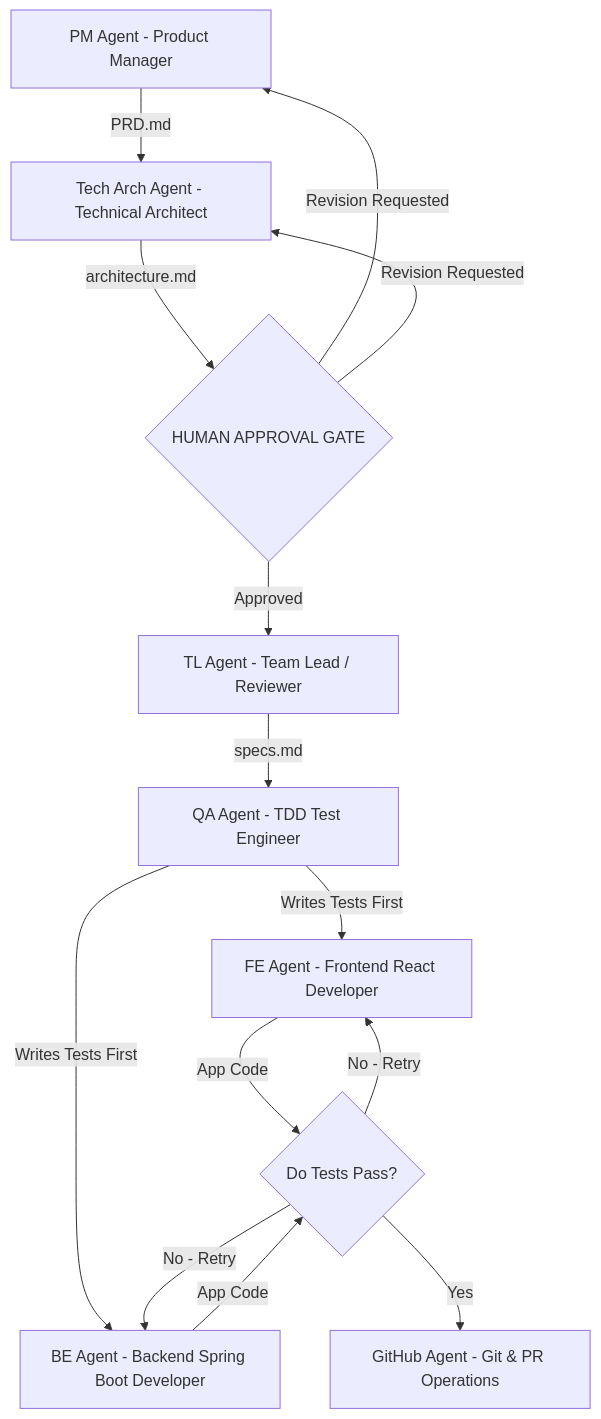
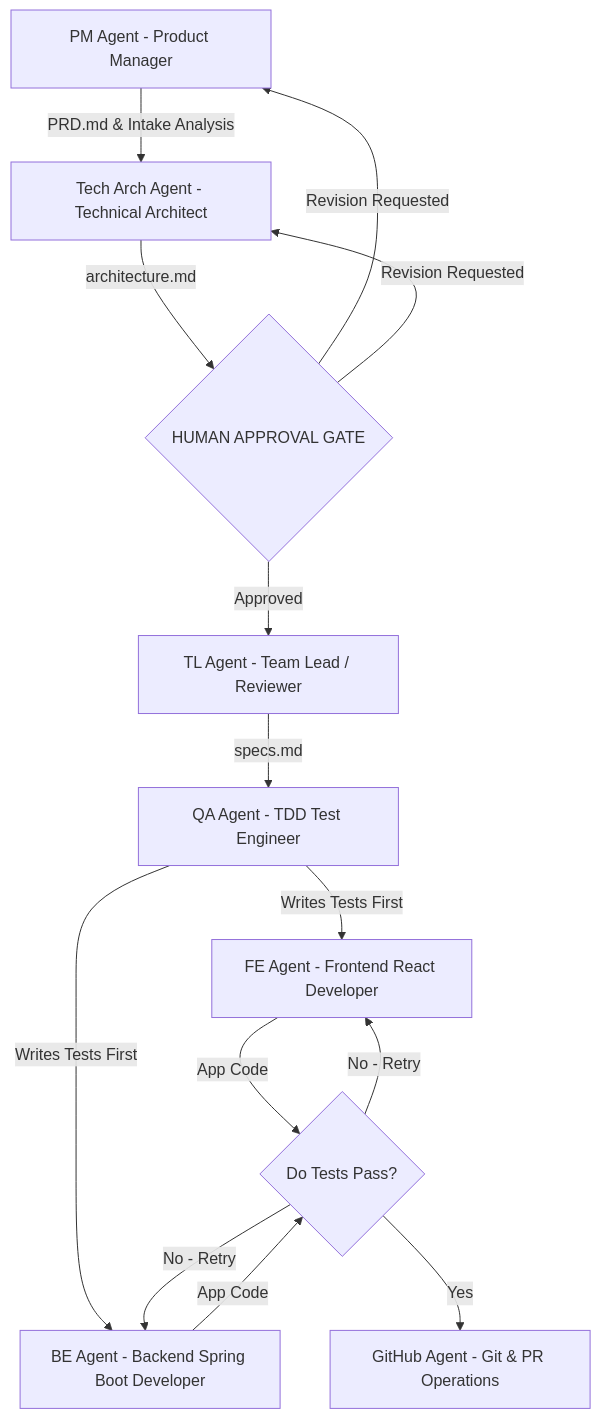
One commit to alokgupta02/DJP-v1 changed the diagram in AGENTIC_WORKFLOW_GUIDE.md. Above: the diagram before and after it, drawn with Mermaid. The commit also changed other lines of this file and 17 other files, not shown here.

````diff
--- a/AGENTIC_WORKFLOW_GUIDE.md
+++ b/AGENTIC_WORKFLOW_GUIDE.md
@@ -9,24 +9,24 @@
 ```mermaid
 graph TD
     PM[PM Agent - Product Manager]
     TL[TL Agent - Team Lead / Reviewer]
     TA[Tech Arch Agent - Technical Architect]
     FE[FE Agent - Frontend React Developer]
     BE[BE Agent - Backend Spring Boot Developer]
     QA[QA Agent - TDD Test Engineer]
     GH[GitHub Agent - Git & PR Operations]
 
-    PM -->|PRD.md| TA
+    PM -->|PRD.md & Intake Analysis| TA
     TA -->|architecture.md| GATE{HUMAN APPROVAL GATE}
     GATE -->|Revision Requested| PM
     GATE -->|Revision Requested| TA
     GATE -->|Approved| TL
     TL -->|specs.md| QA
     QA -->|Writes Tests First| FE
     QA -->|Writes Tests First| BE
     FE -->|App Code| TEST{Do Tests Pass?}
     BE -->|App Code| TEST
     TEST -->|No - Retry| FE
     TEST -->|No - Retry| BE
     TEST -->|Yes| GH
 ```
````
